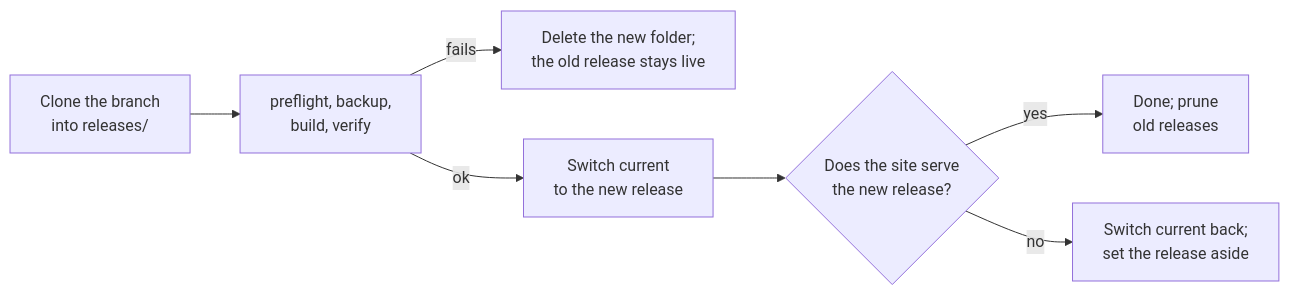
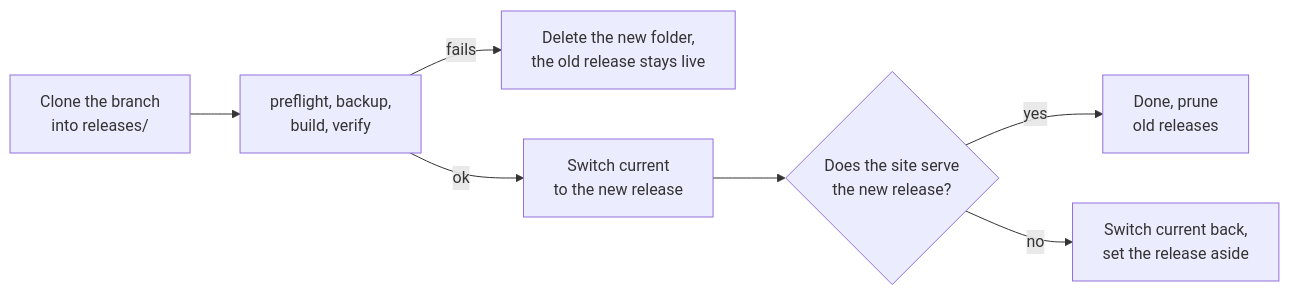
One commit to ivan-tarasov/release-switch changed the diagram in README.md. Above: the diagram before and after it, drawn with Mermaid.

Commit message:
Use plain node names in the README diagram

````diff
--- a/README.md
+++ b/README.md
@@ -37,9 +37,9 @@
 ```mermaid
 flowchart LR
-    clone["Clone the branch<br>into releases/"] --> build["preflight, backup,<br>build, verify"]
-    build -- fails --> drop["Delete the new folder;<br>the old release stays live"]
-    build -- ok --> switch["Switch current<br>to the new release"]
-    switch --> check{"Does the site serve<br>the new release?"}
-    check -- yes --> prune["Done; prune<br>old releases"]
-    check -- no --> back["Switch current back;<br>set the release aside"]
+    A["Clone the branch<br>into releases/"] --> B["preflight, backup,<br>build, verify"]
+    B -- fails --> C["Delete the new folder,<br>the old release stays live"]
+    B -- ok --> D["Switch current<br>to the new release"]
+    D --> E{"Does the site serve<br>the new release?"}
+    E -- yes --> F["Done, prune<br>old releases"]
+    E -- no --> G["Switch current back,<br>set the release aside"]
 ```
````
